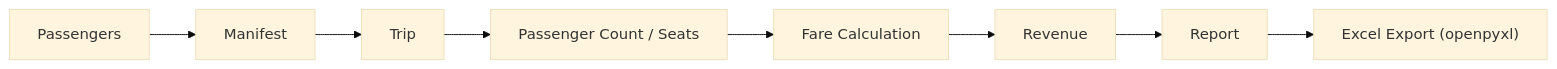
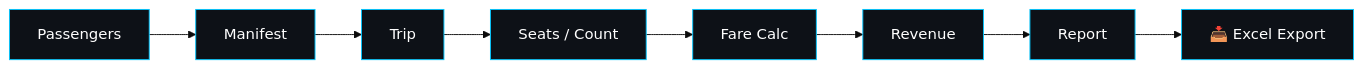
One commit to IamKholofeloPhala/IamKholofeloPhala changed the seventh of 11 diagrams in README.md. Above: the diagram before and after it, drawn with Mermaid (base theme). The commit also changed other lines of this file, not shown here.

````diff
--- a/README.md
+++ b/README.md
@@ -230,10 +235,6 @@
 ```mermaid
 flowchart LR
-    A[Passengers] --> B[Manifest]
-    B --> C[Trip]
-    C --> D[Passenger Count / Seats]
-    D --> E[Fare Calculation]
-    E --> F[Revenue]
-    F --> G[Report]
-    G --> H["Excel Export (openpyxl)"]
+    A[Passengers] --> B[Manifest] --> C[Trip] --> D[Seats / Count] --> E[Fare Calc] --> F[Revenue] --> G[Report] --> H["📥 Excel Export"]
+    classDef n fill:#0d1117,stroke:#00c6ff,color:#fff
+    class A,B,C,D,E,F,G,H n
 ```
````
